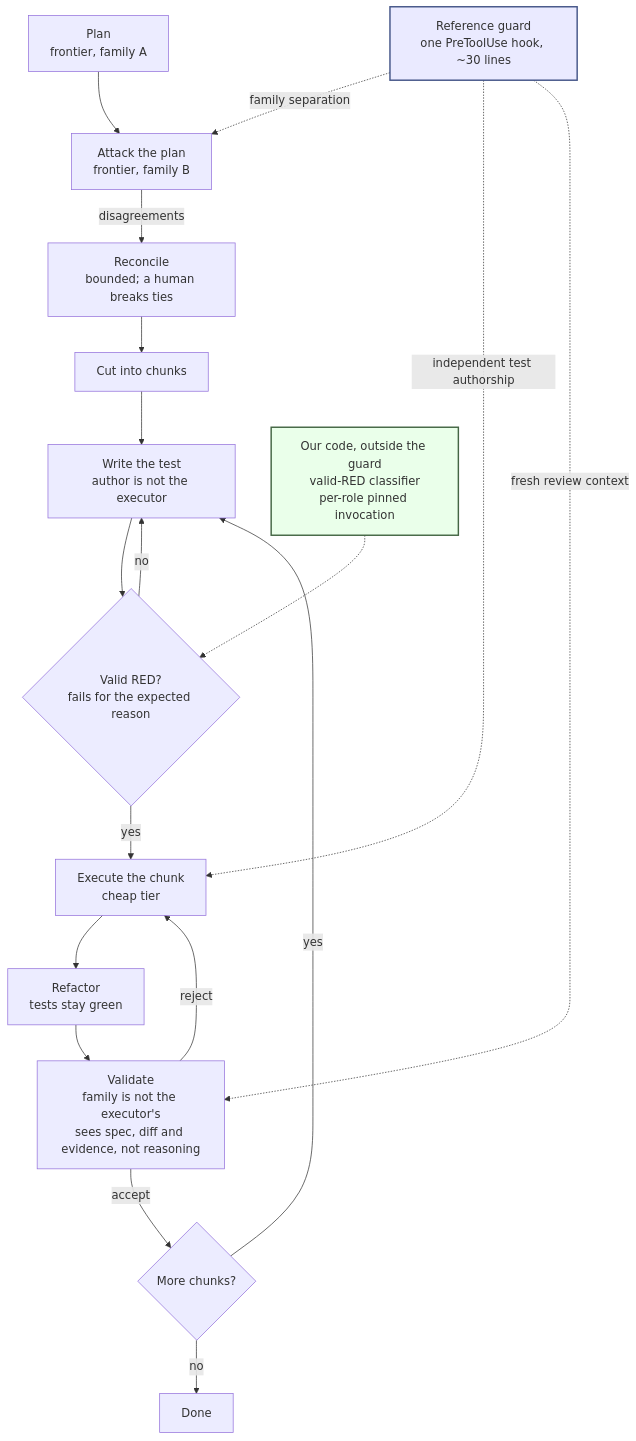
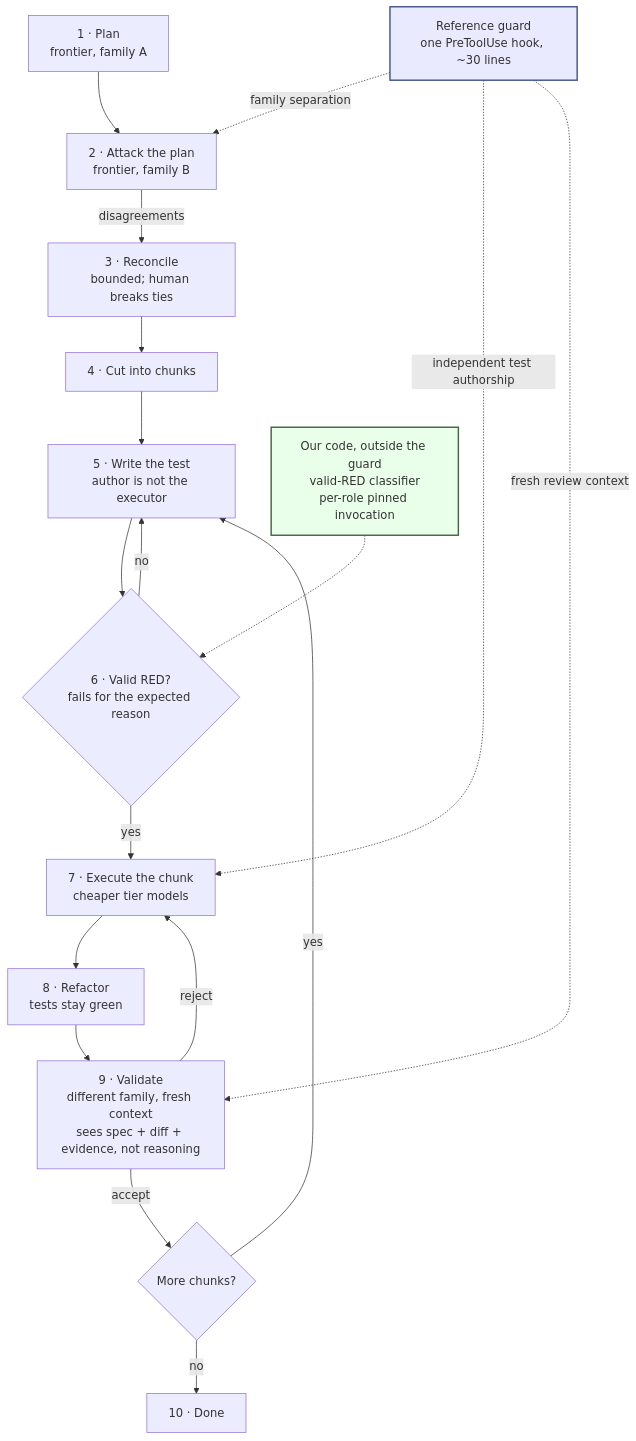
The second of 2 diagrams in droid-wiki/overview/index.md (Roderick-Clemente/adversarial-sprint), drawn with Mermaid before and after one commit. The commit also changed other lines of this file and 70 other files, not shown here.

````diff
--- a/droid-wiki/overview/index.md
+++ b/droid-wiki/overview/index.md
@@ -64,27 +56,27 @@
 ```mermaid
 graph TD
-    P["Plan<br/>frontier, family A"] --> R["Attack the plan<br/>frontier, family B"]
-    R -->|disagreements| C["Reconcile<br/>bounded; a human breaks ties"]
-    C --> K["Cut into chunks"]
-    K --> T["Write the test<br/>author is not the executor"]
-    T --> RED{"Valid RED?<br/>fails for the expected reason"}
+    P["1 · Plan<br/>frontier, family A"] --> R["2 · Attack the plan<br/>frontier, family B"]
+    R -->|disagreements| C["3 · Reconcile<br/>bounded; human breaks ties"]
+    C --> K["4 · Cut into chunks"]
+    K --> T["5 · Write the test<br/>author is not the executor"]
+    T --> RED{"6 · Valid RED?<br/>fails for the expected reason"}
     RED -->|no| T
-    RED -->|yes| X["Execute the chunk<br/>cheap tier"]
-    X --> F["Refactor<br/>tests stay green"]
-    F --> V["Validate<br/>family is not the executor's<br/>sees spec, diff and evidence, not reasoning"]
+    RED -->|yes| X["7 · Execute the chunk<br/>cheaper tier models"]
+    X --> F["8 · Refactor<br/>tests stay green"]
+    F --> V["9 · Validate<br/>different family, fresh context<br/>sees spec + diff + evidence, not reasoning"]
     V -->|reject| X
     V -->|accept| N{"More chunks?"}
     N -->|yes| T
-    N -->|no| D["Done"]
+    N -->|no| D["10 · Done"]
 
     GUARD["Reference guard<br/>one PreToolUse hook, ~30 lines"]
     GUARD -.->|"family separation"| R
     GUARD -.->|"independent test authorship"| X
     GUARD -.->|"fresh review context"| V
 
     OURS["Our code, outside the guard<br/>valid-RED classifier<br/>per-role pinned invocation"]
     OURS -.-> RED
 
     style GUARD fill:#eaeaff,stroke:#445588,stroke-width:2px
     style OURS fill:#eaffea,stroke:#446644,stroke-width:2px
 ```
````
